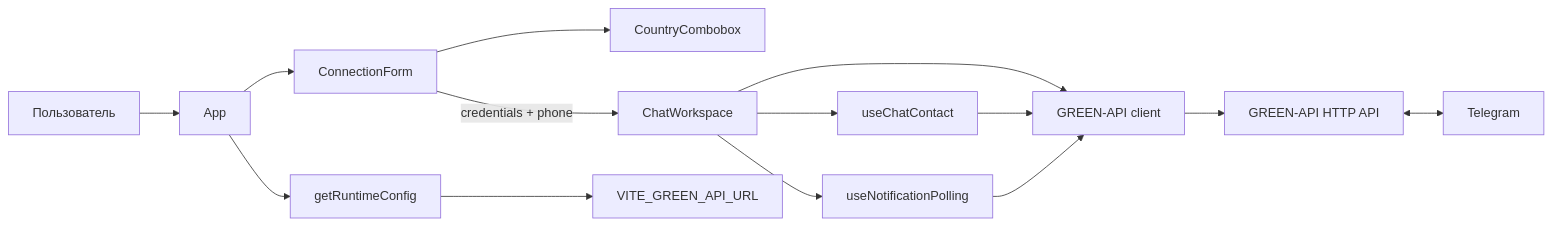
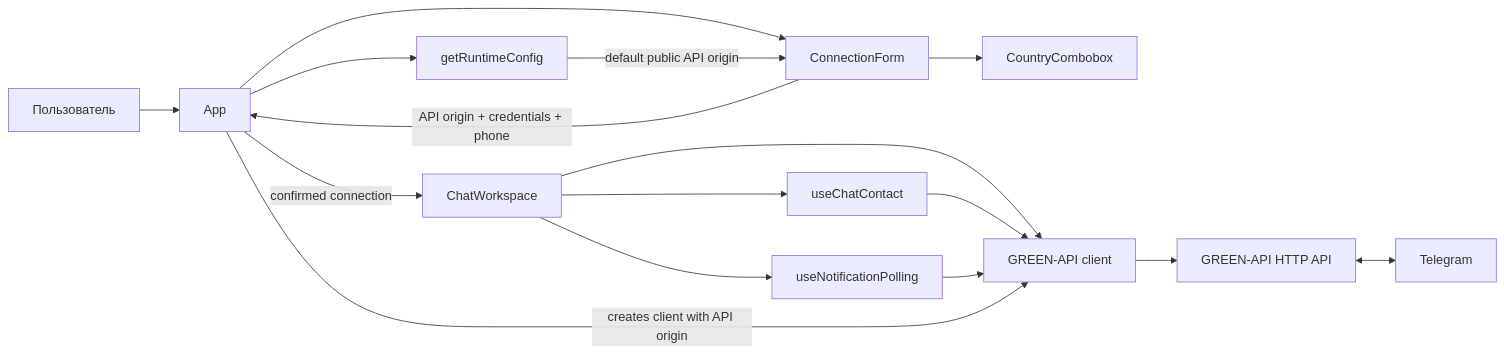
Before and after one commit to vgratsilev/green-api-test: the first of 6 diagrams in docs/diagrams/README.md, drawn with Mermaid. The commit also changed other lines of this file and 4 other files, not shown here.

````diff
--- a/docs/diagrams/README.md
+++ b/docs/diagrams/README.md
@@ -7,18 +7,19 @@
 ```mermaid
 flowchart LR
   User[Пользователь] --> App[App]
   App --> Runtime[getRuntimeConfig]
   App --> Form[ConnectionForm]
+  Runtime -->|default public API origin| Form
   Form --> Country[CountryCombobox]
-  Form -->|credentials + phone| Workspace[ChatWorkspace]
+  Form -->|API origin + credentials + phone| App
+  App -->|confirmed connection| Workspace[ChatWorkspace]
 
   Workspace --> Contact[useChatContact]
   Workspace --> Polling[useNotificationPolling]
   Workspace --> Client[GREEN-API client]
   Contact --> Client
   Polling --> Client
   Client --> API[GREEN-API HTTP API]
   API <--> Telegram[Telegram]
-
-  Runtime --> Env[VITE_GREEN_API_URL]
+  App -->|creates client with API origin| Client
 ```
````
